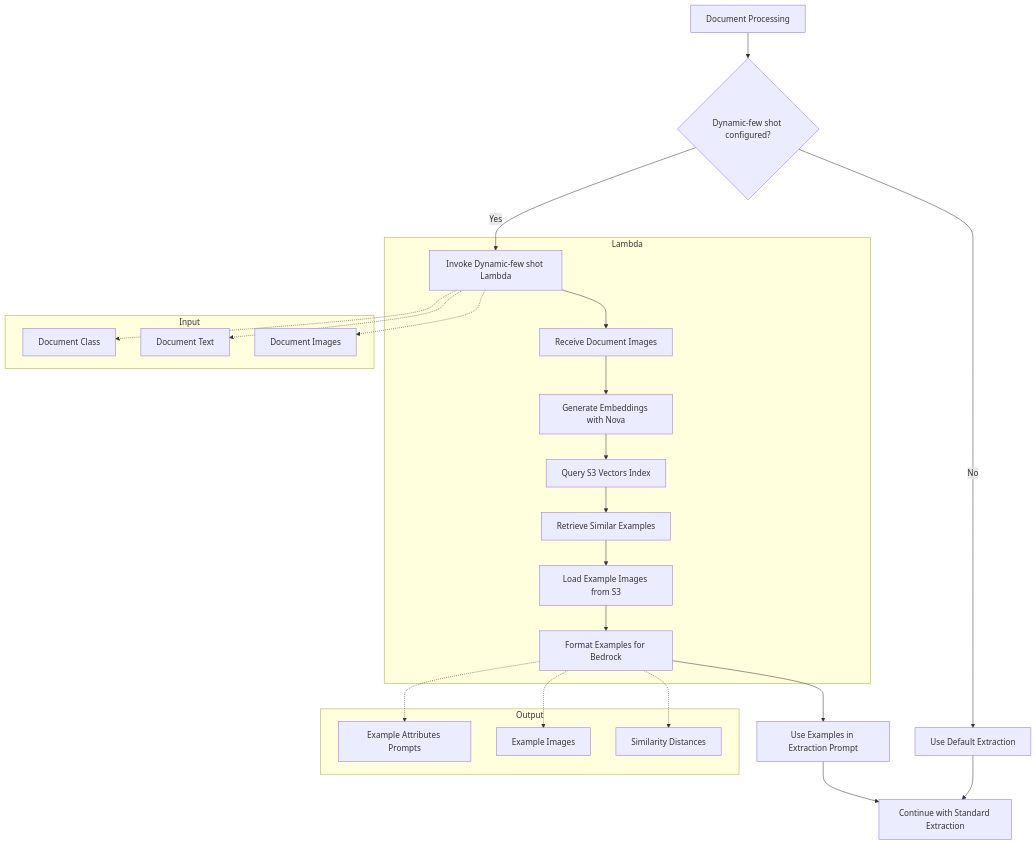
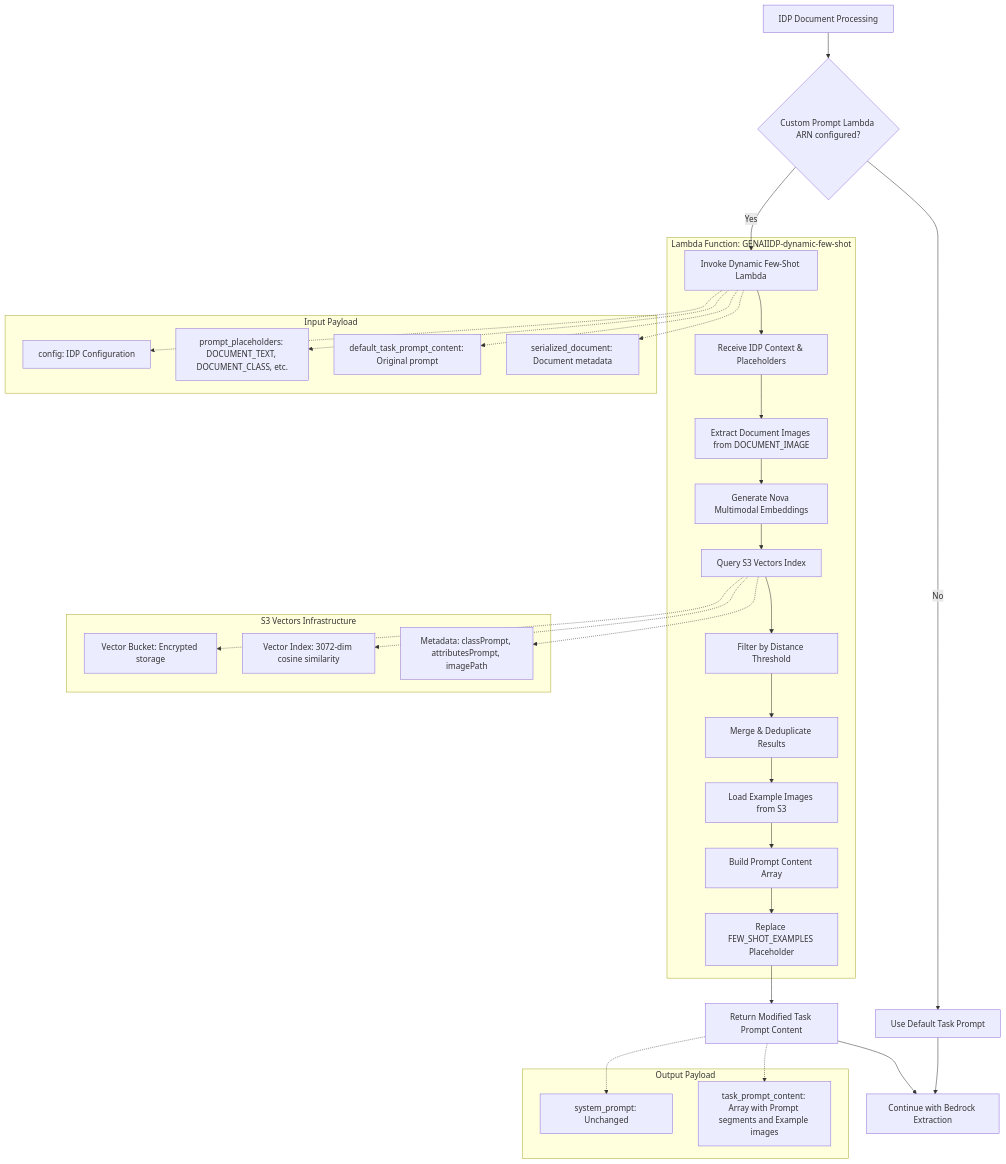
Before and after one commit to aws-samples/sample-genai-idp: the diagram in plugins/dynamic-few-shot-lambda/README.md, drawn with Mermaid. The commit also changed other lines of this file and 1 other file, not shown here.

Commit message:
chore: use working bucket from GenAIIDP for dataset + adapt threshold

````diff
--- a/plugins/dynamic-few-shot-lambda/README.md
+++ b/plugins/dynamic-few-shot-lambda/README.md
@@ -24,39 +24,52 @@
 ```mermaid
 flowchart TD
-    A[Document Processing] --> B{Dynamic-few shot configured?}
-    B -->|No| C[Use Default Extraction]
-    B -->|Yes| D[Invoke Dynamic-few shot Lambda]
+    A[IDP Document Processing] --> B{Custom Prompt Lambda ARN configured?}
+    B -->|No| C[Use Default Task Prompt]
+    B -->|Yes| D[Invoke Dynamic Few-Shot Lambda]
 
-    subgraph Lambda
-        D --> E[Receive Document Images]
-        E --> F[Generate Embeddings with Nova]
-        F --> G[Query S3 Vectors Index]
-        G --> H[Retrieve Similar Examples]
-        H --> I[Load Example Images from S3]
-        I --> J[Format Examples for Bedrock]
+    subgraph "Lambda Function: GENAIIDP-dynamic-few-shot"
+        D --> E[Receive IDP Context & Placeholders]
+        E --> F[Extract Document Images from DOCUMENT_IMAGE]
+        F --> G[Generate Nova Multimodal Embeddings]
+        G --> H[Query S3 Vectors Index]
+        H --> I[Filter by Distance Threshold]
+        I --> J[Merge & Deduplicate Results]
+        J --> K[Load Example Images from S3]
+        K --> L[Build Prompt Content Array]
+        L --> M[Replace FEW_SHOT_EXAMPLES Placeholder]
     end
 
-    J --> K[Use Examples in Extraction Prompt]
-    C --> L[Continue with Standard Extraction]
-    K --> L
+    M --> N[Return Modified Task Prompt Content]
+    C --> O[Continue with Bedrock Extraction]
+    N --> O
 
-    subgraph Input
-        M[Document Class]
-        N[Document Text]
-        O[Document Images]
+    subgraph "Input Payload"
+        P[config: IDP Configuration]
+        Q[prompt_placeholders: DOCUMENT_TEXT, DOCUMENT_CLASS, etc.]
+        R[default_task_prompt_content: Original prompt]
+        S[serialized_document: Document metadata]
     end
 
-    subgraph Output
-        P[Example Attributes Prompts]
-        Q[Example Images]
-        R[Similarity Distances]
+    subgraph "Output Payload"
+        T[system_prompt: Unchanged]
+        U[task_prompt_content: Array with Prompt segments and Example images]
     end
 
-    D -.-> M
-    D -.-> N
-    D -.-> O
+    D -.-> P
+    D -.-> Q
+    D -.-> R
+    D -.-> S
 
-    J -.-> P
-    J -.-> Q
-    J -.-> R
+    N -.-> T
+    N -.-> U
+
+    subgraph "S3 Vectors Infrastructure"
+        X[Vector Bucket: Encrypted storage]
+        Y[Vector Index: 3072-dim cosine similarity]
+        Z[Metadata: classPrompt, attributesPrompt, imagePath]
+    end
+
+    H -.-> X
+    H -.-> Y
+    H -.-> Z
 ```
````
